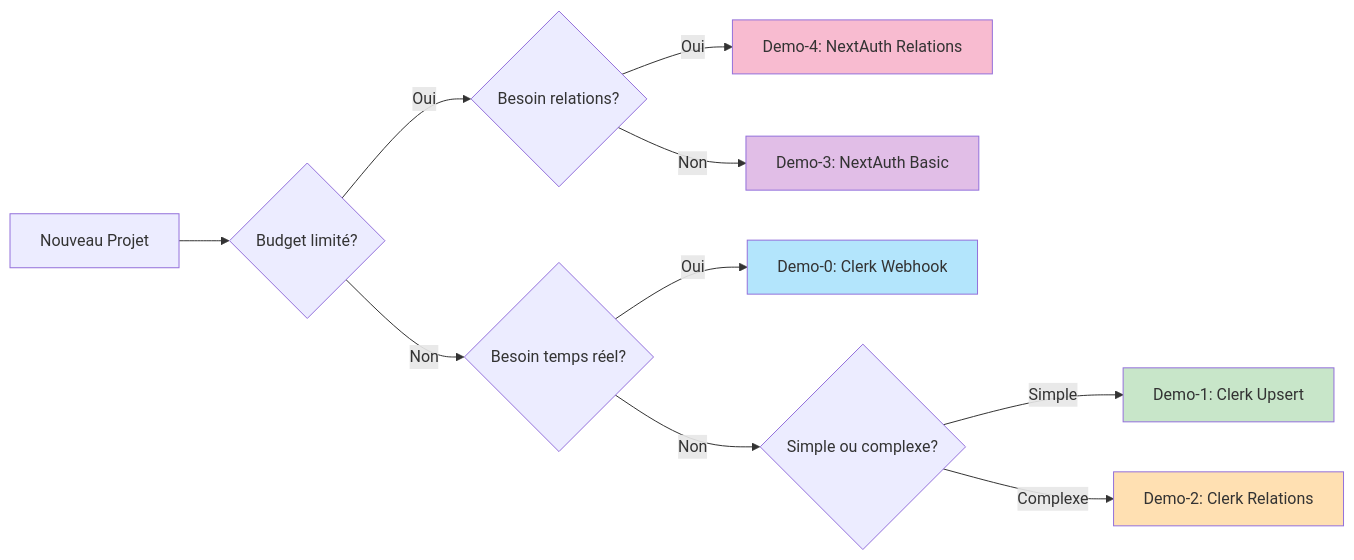
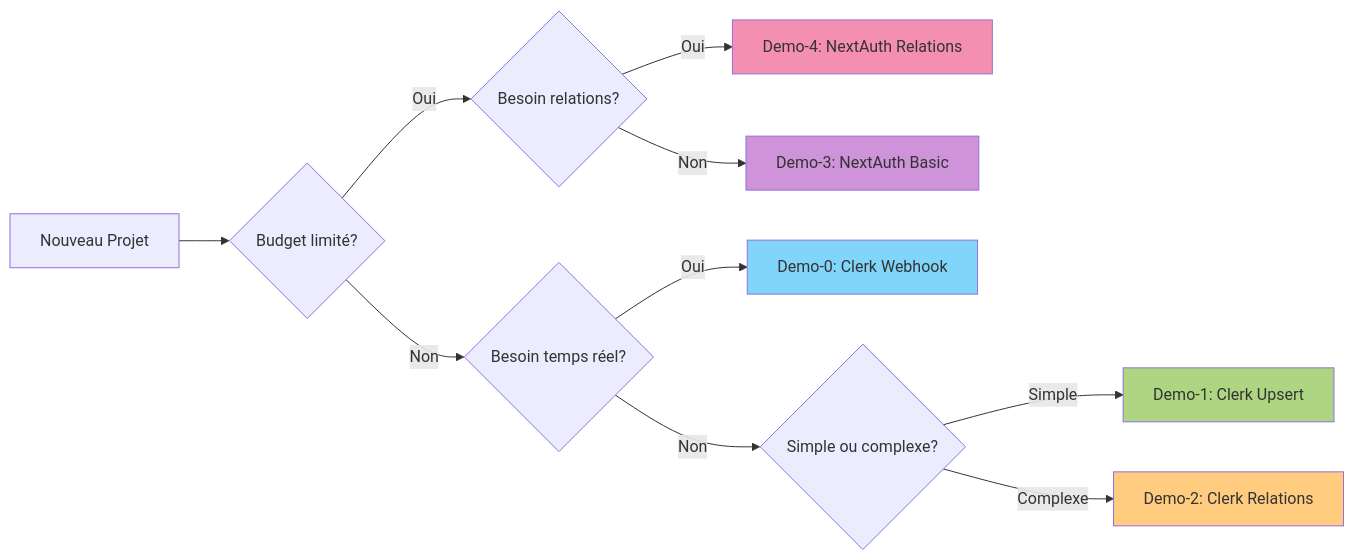
One commit to inskillflow/auths-1-NEXTJS-introduction changed the second of 39 diagrams in 02-DIAGRAMMES_ARCHITECTURES.md. Above: the diagram before and after it, drawn with Mermaid. The commit also changed other lines of this file, not shown here.

````diff
--- a/02-DIAGRAMMES_ARCHITECTURES.md
+++ b/02-DIAGRAMMES_ARCHITECTURES.md
@@ -67,21 +67,21 @@
 ```mermaid
 graph LR
     START[Nouveau Projet] --> Q1{Budget limité?}
     Q1 -->|Oui| Q2{Besoin relations?}
     Q1 -->|Non| Q3{Besoin temps réel?}
     
     Q2 -->|Oui| DEMO4[Demo-4: NextAuth Relations]
     Q2 -->|Non| DEMO3[Demo-3: NextAuth Basic]
     
     Q3 -->|Oui| DEMO0[Demo-0: Clerk Webhook]
     Q3 -->|Non| Q4{Simple ou complexe?}
     
     Q4 -->|Simple| DEMO1[Demo-1: Clerk Upsert]
     Q4 -->|Complexe| DEMO2[Demo-2: Clerk Relations]
     
-    style DEMO0 fill:#b3e5fc
-    style DEMO1 fill:#c8e6c9
-    style DEMO2 fill:#ffe0b2
-    style DEMO3 fill:#e1bee7
-    style DEMO4 fill:#f8bbd0
+    style DEMO0 fill:#81d4fa
+    style DEMO1 fill:#aed581
+    style DEMO2 fill:#ffcc80
+    style DEMO3 fill:#ce93d8
+    style DEMO4 fill:#f48fb1
 ```
````
